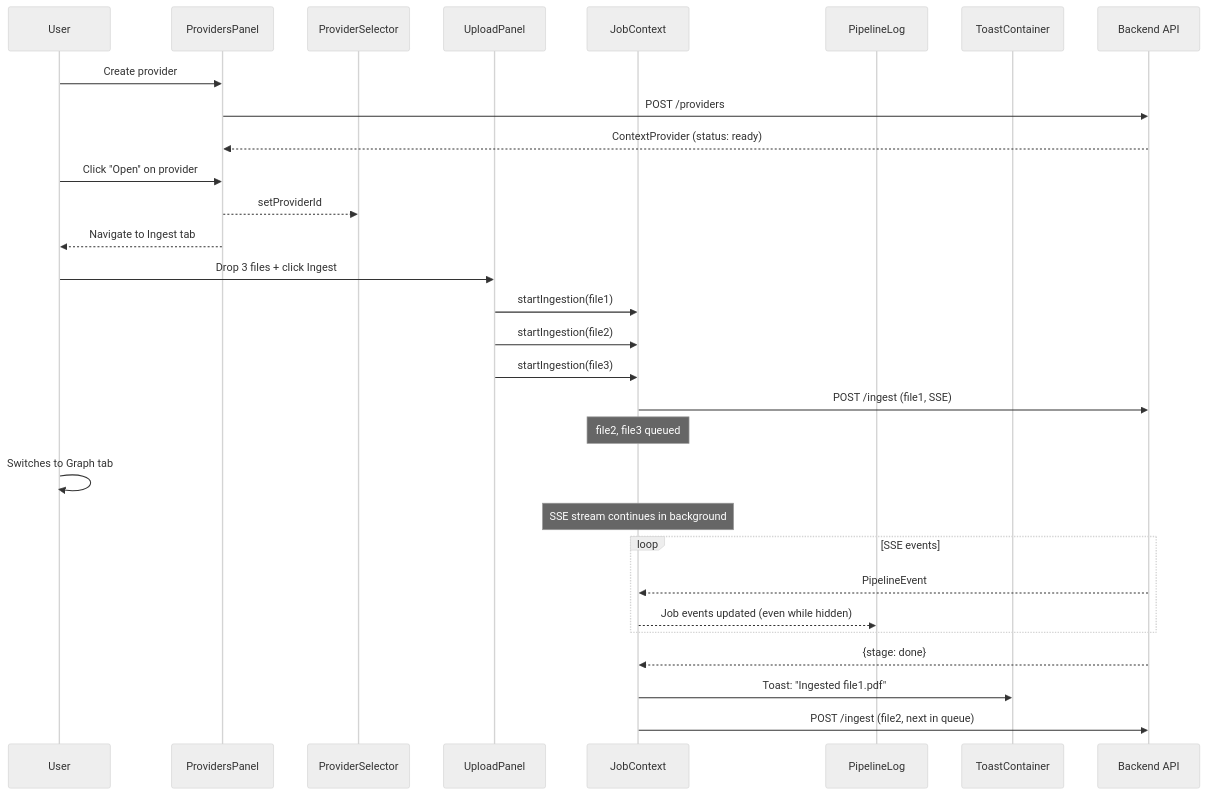
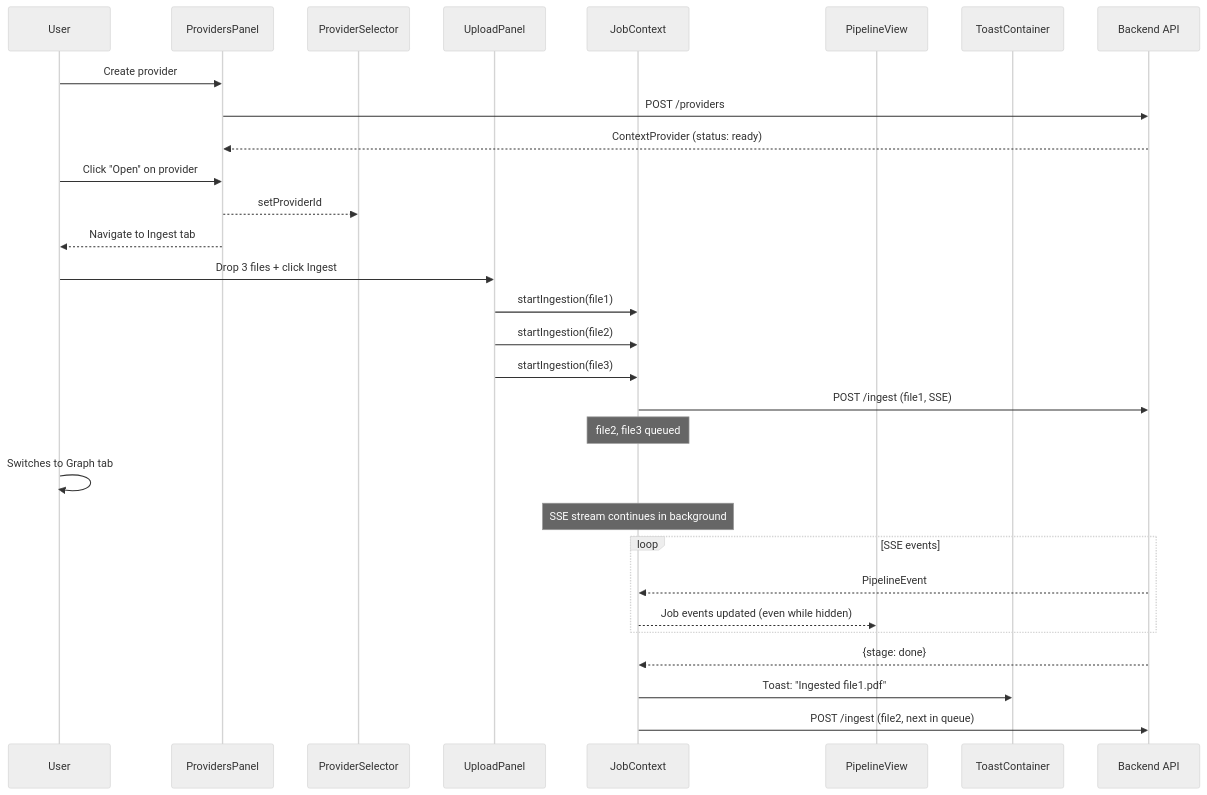
The diagram in docs/frontend.md (rashwin88/trident-demo), drawn with Mermaid (neutral theme) before and after one commit. The commit also changed other lines of this file and 50 other files, not shown here.

````diff
--- a/docs/frontend.md
+++ b/docs/frontend.md
@@ -68,39 +79,39 @@
 ```mermaid
 sequenceDiagram
     participant U as User
     participant PP as ProvidersPanel
     participant PS as ProviderSelector
     participant UP as UploadPanel
     participant JC as JobContext
-    participant PL as PipelineLog
+    participant PL as PipelineView
     participant TC as ToastContainer
     participant API as Backend API
 
     U->>PP: Create provider
     PP->>API: POST /providers
     API-->>PP: ContextProvider (status: ready)
 
     U->>PP: Click "Open" on provider
     PP-->>PS: setProviderId
     PP-->>U: Navigate to Ingest tab
 
     U->>UP: Drop 3 files + click Ingest
     UP->>JC: startIngestion(file1)
     UP->>JC: startIngestion(file2)
     UP->>JC: startIngestion(file3)
 
     JC->>API: POST /ingest (file1, SSE)
     Note over JC: file2, file3 queued
 
     U->>U: Switches to Graph tab
     Note over JC: SSE stream continues in background
 
     loop SSE events
         API-->>JC: PipelineEvent
         JC-->>PL: Job events updated (even while hidden)
     end
 
     API-->>JC: {stage: done}
     JC->>TC: Toast: "Ingested file1.pdf"
     JC->>API: POST /ingest (file2, next in queue)
 ```
````
